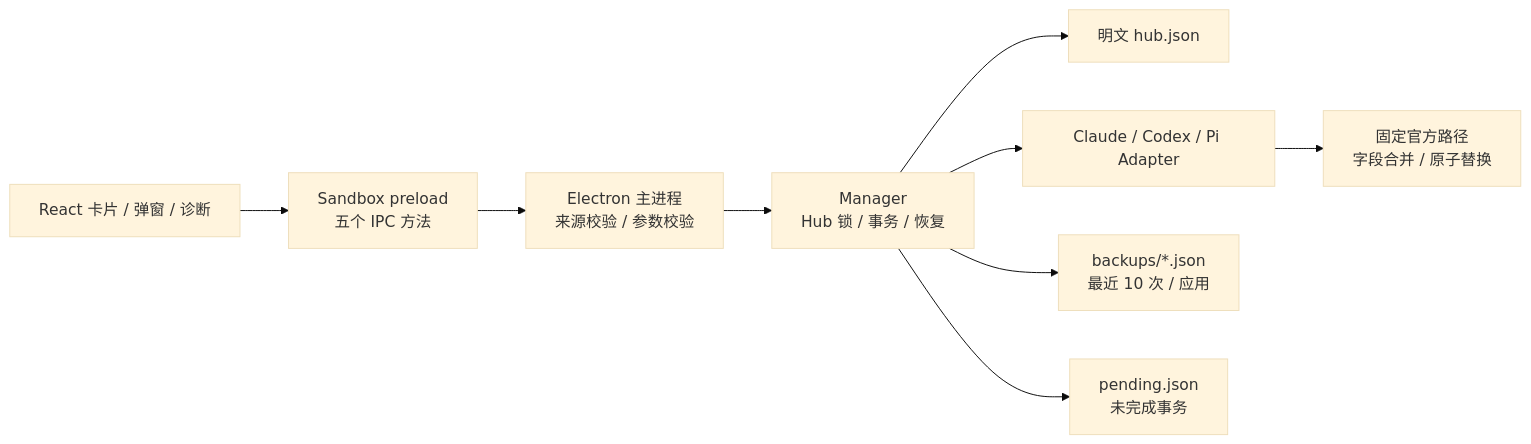
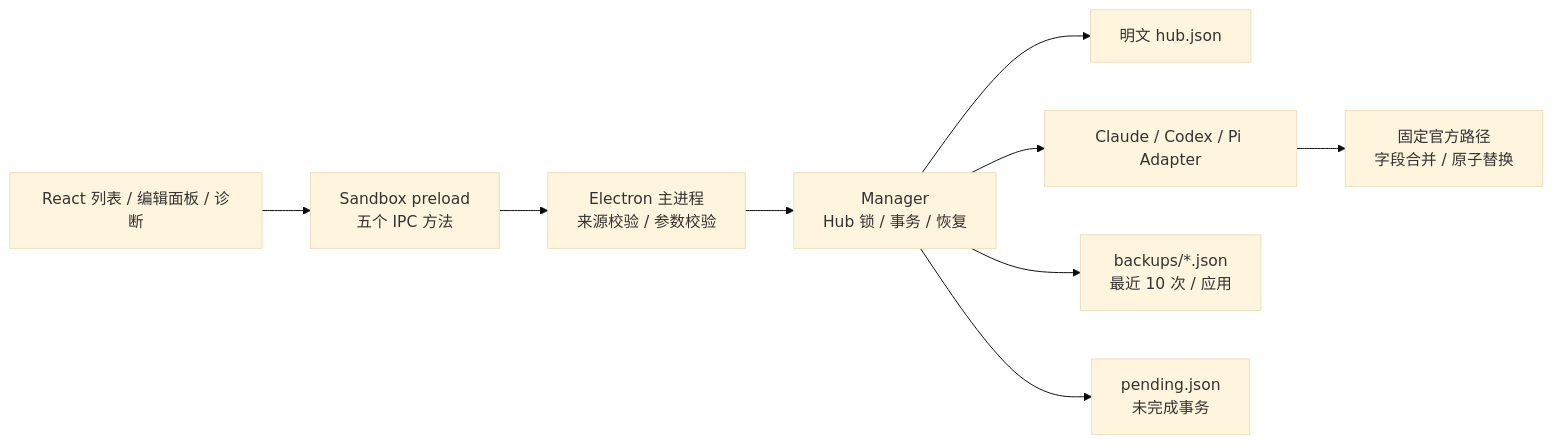
Before and after one commit to MiCat-S/miswitch: the diagram in docs/TECHNICAL_DESIGN.md, drawn with Mermaid (base theme). The commit also changed other lines of this file and 10 other files, not shown here.

````diff
--- a/docs/TECHNICAL_DESIGN.md
+++ b/docs/TECHNICAL_DESIGN.md
@@ -19,11 +19,11 @@
 ```mermaid
 flowchart LR
-    UI[React 卡片 / 弹窗 / 诊断] --> Bridge[Sandbox preload\n五个 IPC 方法]
+    UI[React 列表 / 编辑面板 / 诊断] --> Bridge[Sandbox preload\n五个 IPC 方法]
     Bridge --> Main[Electron 主进程\n来源校验 / 参数校验]
     Main --> Manager[Manager\nHub 锁 / 事务 / 恢复]
     Manager --> Hub[明文 hub.json]
     Manager --> Adapter[Claude / Codex / Pi Adapter]
     Adapter --> Files[固定官方路径\n字段合并 / 原子替换]
     Manager --> Backups[backups/*.json\n最近 10 次 / 应用]
     Manager --> Journal[pending.json\n未完成事务]
 ```
````
